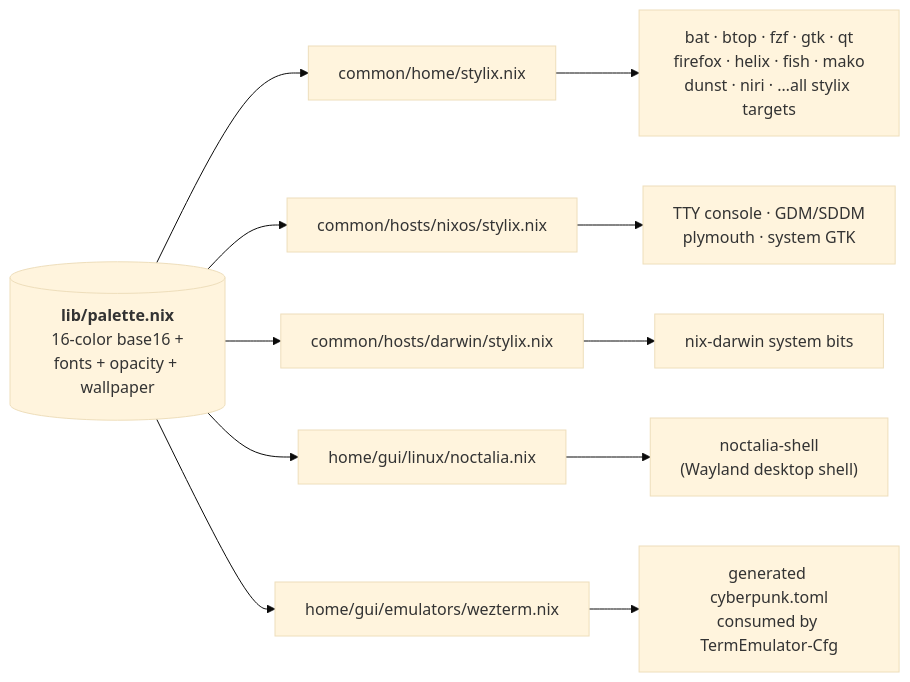
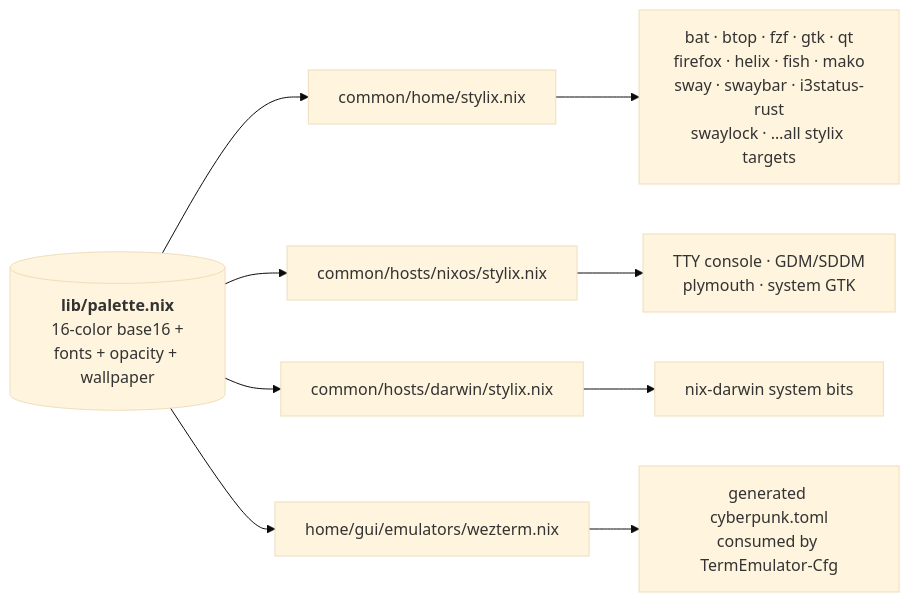
The second of 2 diagrams in README.md (DivitMittal/OS-nixCfg), drawn with Mermaid (base theme) before and after one commit. The commit also changed other lines of this file, not shown here.

Commit message:
docs(readme): update desktop references from niri to Sway
- #desktop app now describes the Sway/swaybar/mako stack
- theme-pipeline diagram drops the noctalia direct-consumer node and
  lists the stylix-themed Sway components under the home-manager layer

````diff
--- a/README.md
+++ b/README.md
@@ -155,16 +155,14 @@
 ```mermaid
 flowchart LR
   palette[("<b>lib/palette.nix</b><br/>16-color base16 +<br/>fonts + opacity + wallpaper")]
 
   palette --> sHome["common/home/stylix.nix"]
   palette --> sNixos["common/hosts/nixos/stylix.nix"]
   palette --> sDarwin["common/hosts/darwin/stylix.nix"]
-  palette --> noctalia["home/gui/linux/noctalia.nix"]
   palette --> wezterm["home/gui/emulators/wezterm.nix"]
 
-  sHome --> aHome["bat · btop · fzf · gtk · qt<br/>firefox · helix · fish · mako<br/>dunst · niri · …all stylix targets"]
+  sHome --> aHome["bat · btop · fzf · gtk · qt<br/>firefox · helix · fish · mako<br/>sway · swaybar · i3status-rust<br/>swaylock · …all stylix targets"]
   sNixos --> aNixos["TTY console · GDM/SDDM<br/>plymouth · system GTK"]
   sDarwin --> aDarwin["nix-darwin system bits"]
-  noctalia --> aNoctalia["noctalia-shell<br/>(Wayland desktop shell)"]
   wezterm --> aWezterm["generated cyberpunk.toml<br/>consumed by TermEmulator-Cfg"]
 ```
````
